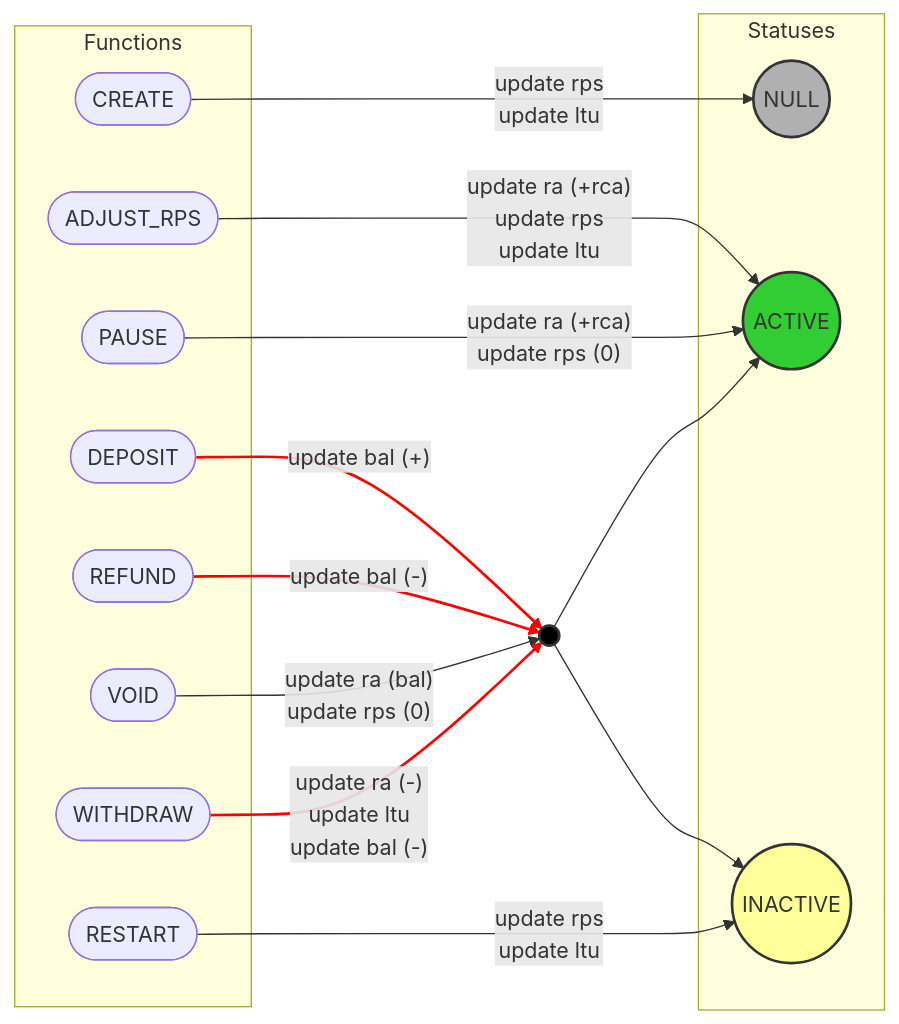
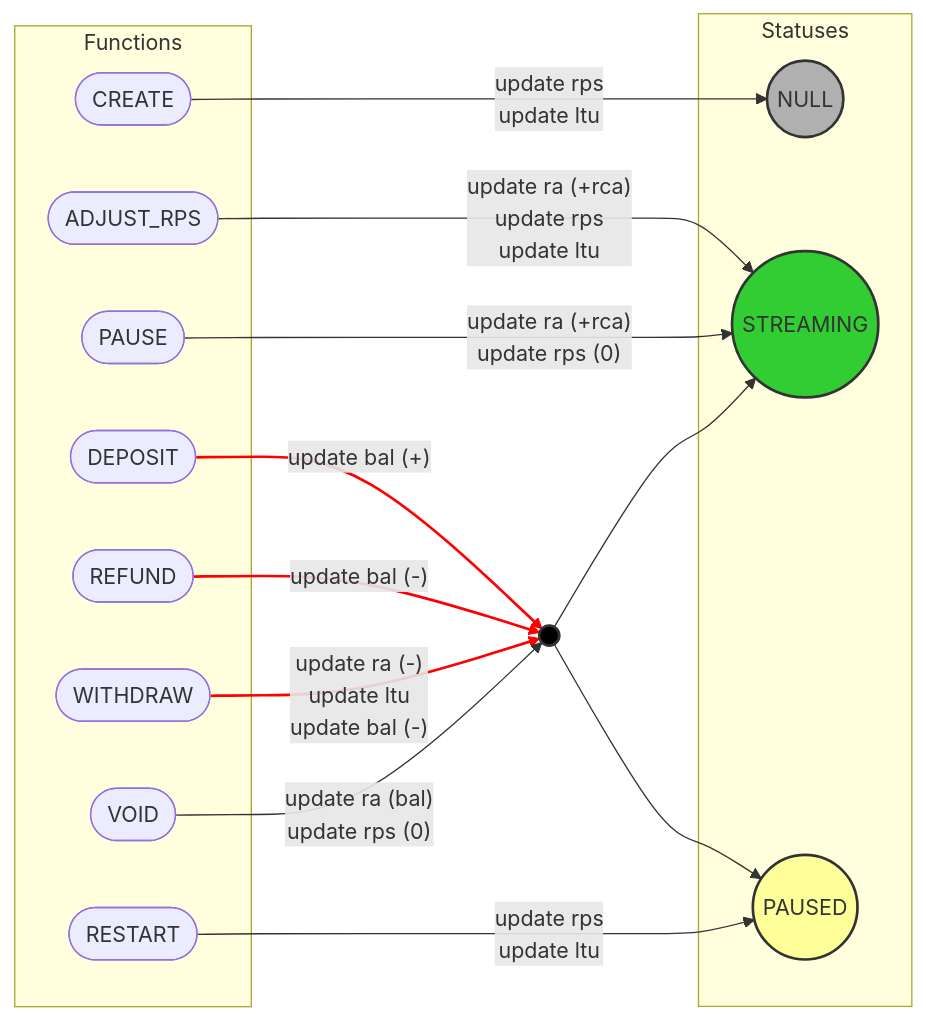
The second of 8 diagrams in diagrams.md (sablier-labs/flow), drawn with Mermaid before and after one commit. The commit also changed other lines of this file and 4 other files, not shown here.

````diff
--- a/diagrams.md
+++ b/diagrams.md
@@ -71,46 +70,46 @@
 ```mermaid
 flowchart LR
     subgraph Statuses
         NULL((NULL)):::grey
-        ACV((ACTIVE)):::green
-        INACV((INACTIVE)):::yellow
+        STR((STREAMING)):::green
+        PSED((PAUSED)):::yellow
     end
 
 
     subgraph Functions
         CR([CREATE])
         ADJRPS([ADJUST_RPS])
         DP([DEPOSIT])
         WTD([WITHDRAW])
         RFD([REFUND])
         RST([RESTART])
         PS([PAUSE])
         VD([VOID])
     end
 
     BOTH((  )):::black
 
     classDef grey fill:#b0b0b0,stroke:#333,stroke-width:2px;
     classDef green fill:#32cd32,stroke:#333,stroke-width:2px;
     classDef yellow fill:#ffff99,stroke:#333,stroke-width:2px;
     classDef black fill:#000000,stroke:#333,stroke-width:2px;
 
     CR -- "update rps\nupdate ltu" --> NULL
-    ADJRPS -- "update ra (+rca)\nupdate rps\nupdate ltu" -->  ACV
+    ADJRPS -- "update ra (+rca)\nupdate rps\nupdate ltu" -->  STR
 
     DP -- "update bal (+)" --> BOTH
 
     RFD -- "update bal (-)" --> BOTH
 
+    WTD -- "update ra (-) \nupdate ltu\nupdate bal (-)" --> BOTH
+
     VD -- "update ra (bal)\nupdate rps (0)" --> BOTH
 
-    WTD -- "update ra (-) \nupdate ltu\nupdate bal (-)" --> BOTH
+    PS -- "update ra (+rca)\nupdate rps (0)" --> STR
 
-    PS -- "update ra (+rca)\nupdate rps (0)" --> ACV
+    BOTH --> STR & PSED
 
-    BOTH --> ACV & INACV
+    RST -- "update rps \nupdate ltu" --> PSED
 
-    RST -- "update rps \nupdate ltu" --> INACV
-
-    linkStyle 2,3,5 stroke:#ff0000,stroke-width:2px
+    linkStyle 2,3,4 stroke:#ff0000,stroke-width:2px
 ```
````
